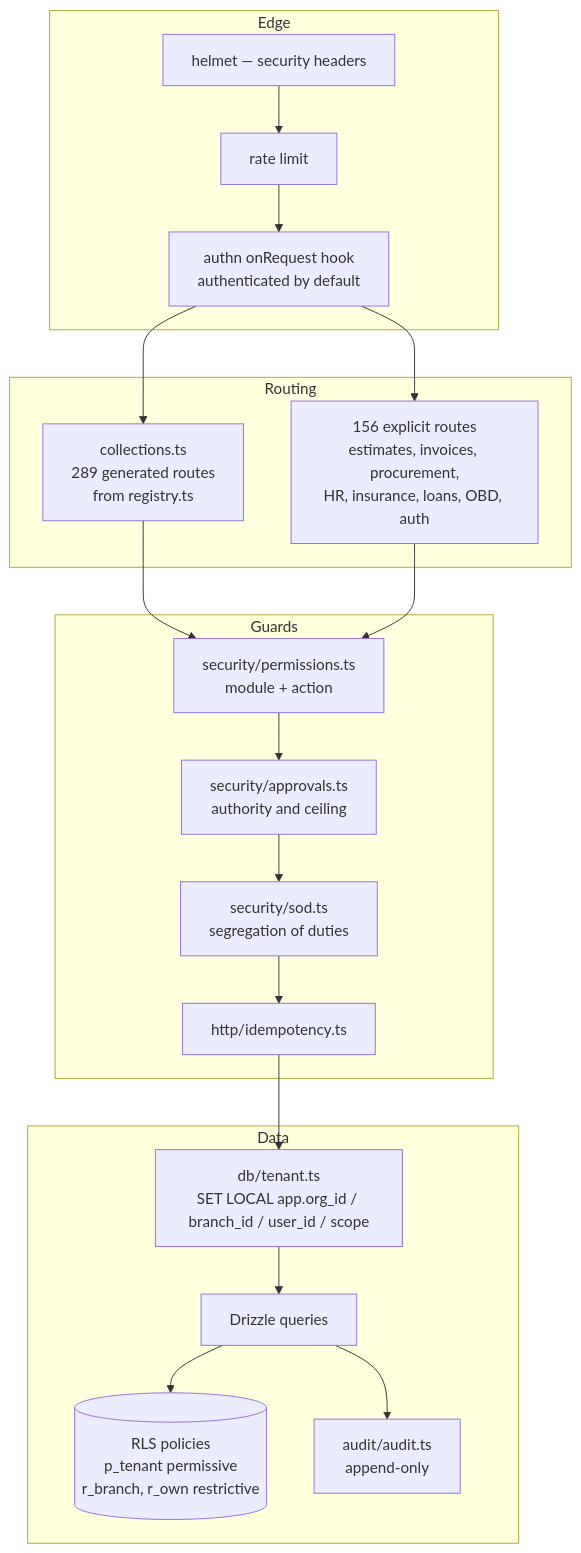
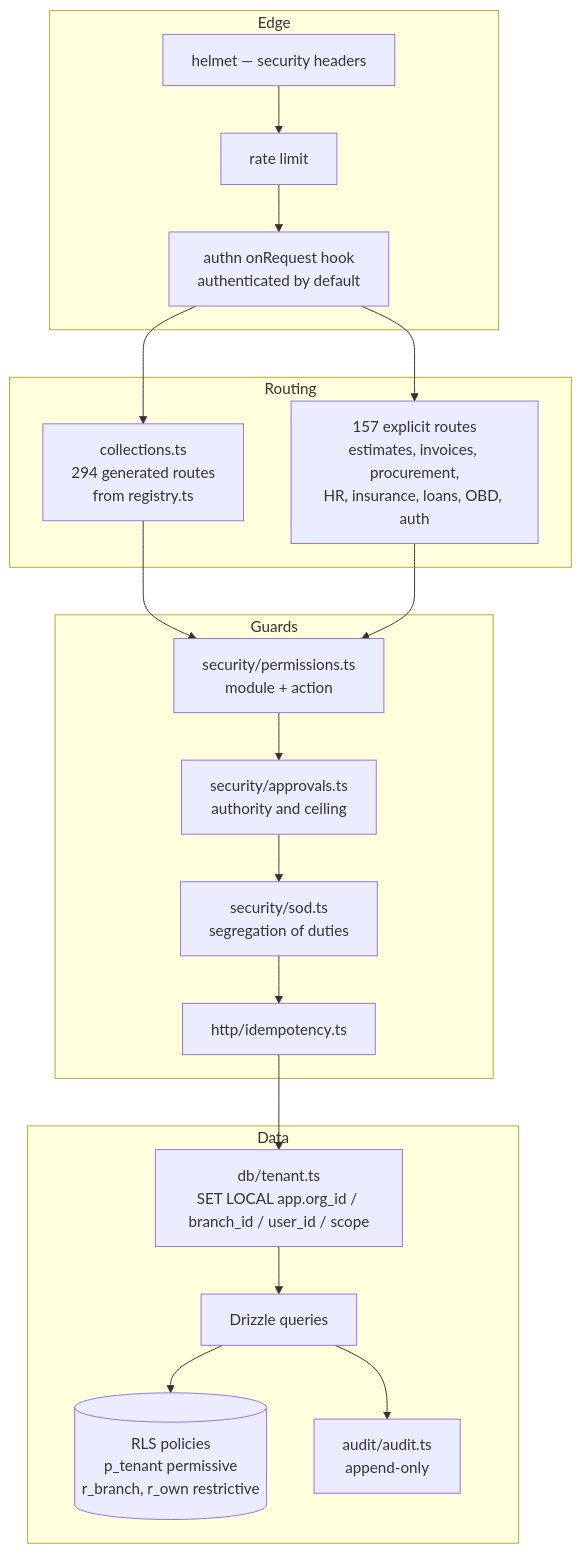
One commit to tazamohd/SlClNe changed the third of 4 diagrams in docs/15_C4_ARCHITECTURE_DIAGRAMS/C4_MODEL.md. Above: the diagram before and after it, drawn with Mermaid. The commit also changed other lines of this file and 29 other files, not shown here.

````diff
--- a/docs/15_C4_ARCHITECTURE_DIAGRAMS/C4_MODEL.md
+++ b/docs/15_C4_ARCHITECTURE_DIAGRAMS/C4_MODEL.md
@@ -60,29 +60,29 @@
 ```mermaid
 flowchart TB
   subgraph edge[Edge]
     helmet["helmet — security headers"]
     rl["rate limit"]
     authn["authn onRequest hook<br/>authenticated by default"]
   end
   subgraph routing[Routing]
-    generic["collections.ts<br/>289 generated routes<br/>from registry.ts"]
-    explicit["156 explicit routes<br/>estimates, invoices, procurement,<br/>HR, insurance, loans, OBD, auth"]
+    generic["collections.ts<br/>294 generated routes<br/>from registry.ts"]
+    explicit["157 explicit routes<br/>estimates, invoices, procurement,<br/>HR, insurance, loans, OBD, auth"]
   end
   subgraph guards[Guards]
     perms["security/permissions.ts<br/>module + action"]
     approvals["security/approvals.ts<br/>authority and ceiling"]
     sod["security/sod.ts<br/>segregation of duties"]
     idem["http/idempotency.ts"]
   end
   subgraph data[Data]
     tenant["db/tenant.ts<br/>SET LOCAL app.org_id / branch_id / user_id / scope"]
     drizzle["Drizzle queries"]
     rls[("RLS policies<br/>p_tenant permissive<br/>r_branch, r_own restrictive")]
     audit["audit/audit.ts<br/>append-only"]
   end
   helmet --> rl --> authn --> generic
   authn --> explicit
   generic --> perms
   explicit --> perms --> approvals --> sod --> idem --> tenant --> drizzle --> rls
   drizzle --> audit
 ```
````
